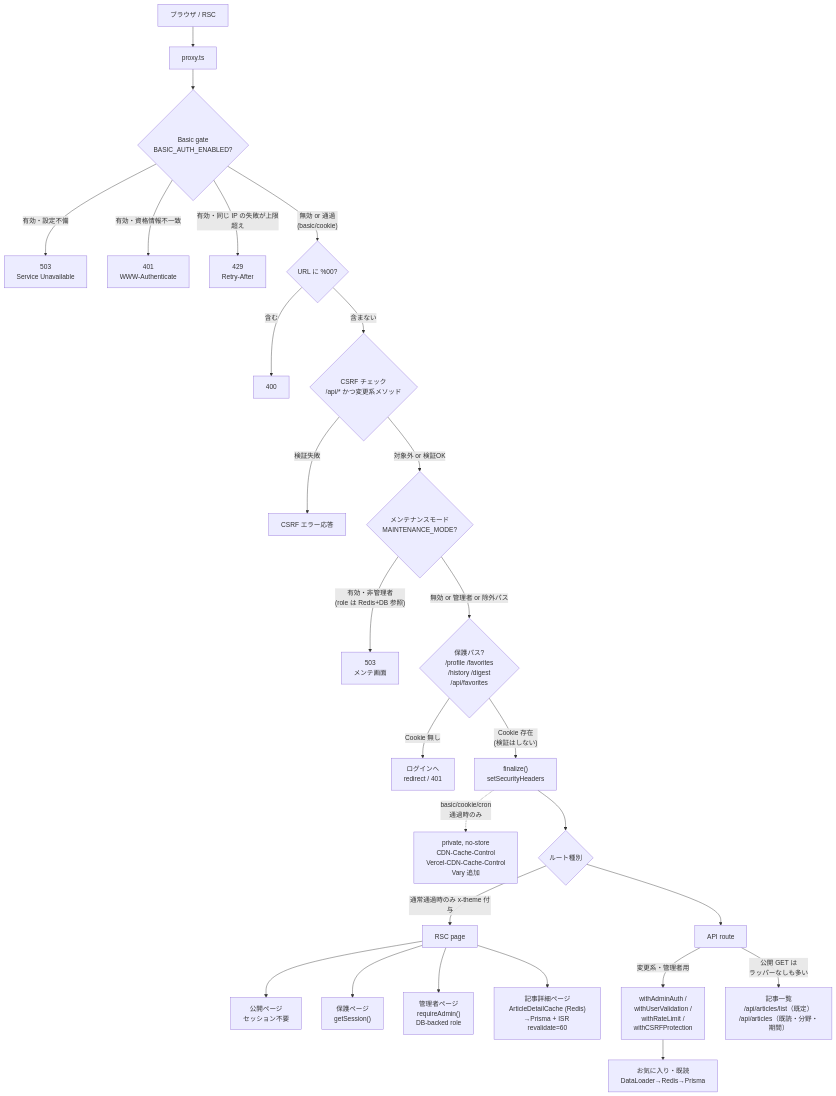
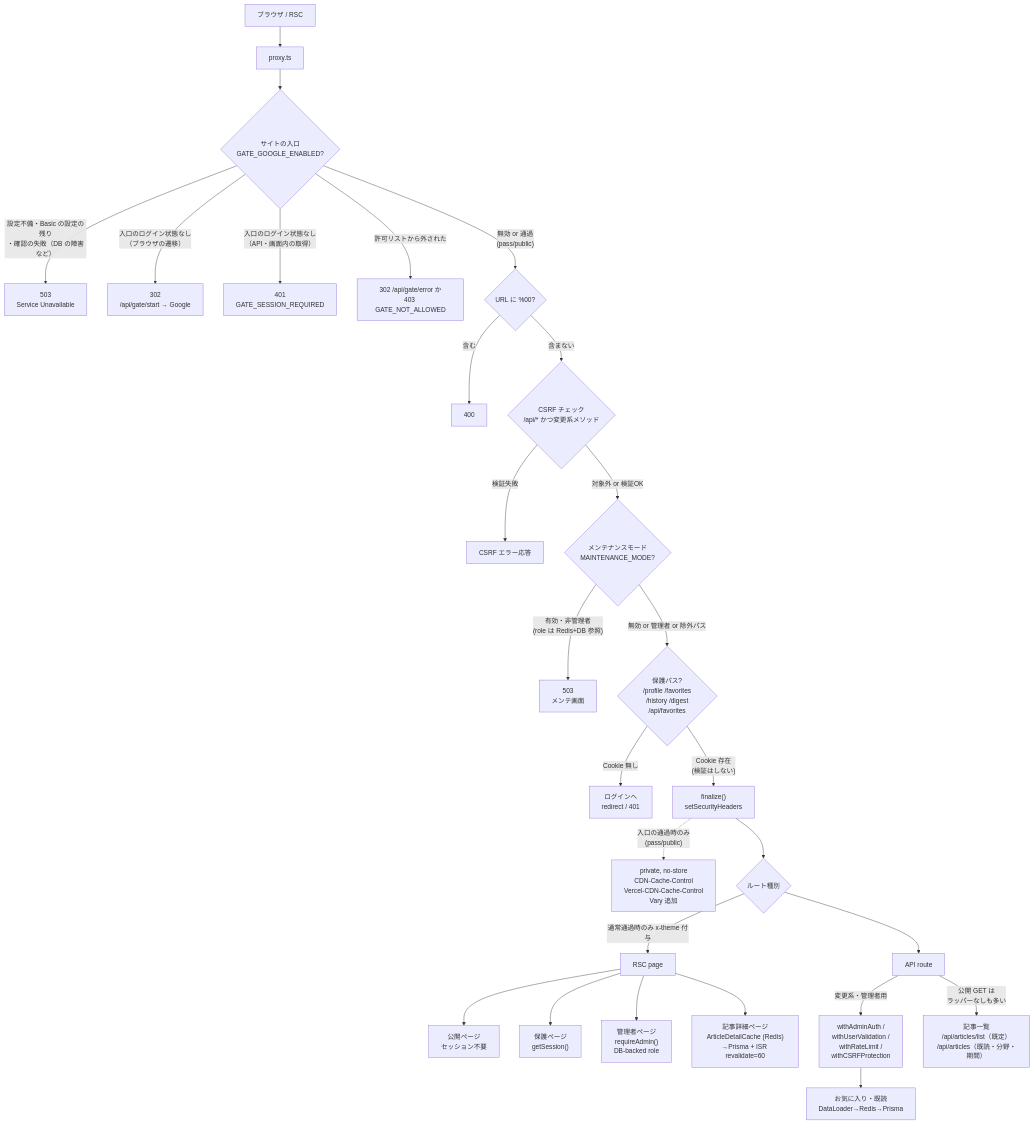
One commit to pawafulu7/techtrend changed the first of 2 diagrams in docs/architecture/03-request-flow.md. Above: the diagram before and after it, drawn with Mermaid. The commit also changed other lines of this file and 99 other files, not shown here.

First line of the commit message:
feat: サイトの入口を Basic 認証から Google ログインと許可リストに置き換える (#849)

````diff
--- a/docs/architecture/03-request-flow.md
+++ b/docs/architecture/03-request-flow.md
@@ -7,36 +7,37 @@
 ```mermaid
 flowchart TD
     Browser["ブラウザ / RSC"] --> Proxy["proxy.ts"]
 
-    Proxy --> BasicGate{"Basic gate<br/>BASIC_AUTH_ENABLED?"}
-    BasicGate -->|"有効・設定不備"| Err503["503<br/>Service Unavailable"]
-    BasicGate -->|"有効・資格情報不一致"| Err401["401<br/>WWW-Authenticate"]
-    BasicGate -->|"有効・同じ IP の失敗が上限超え"| Err429["429<br/>Retry-After"]
-    BasicGate -->|"無効 or 通過<br/>(basic/cookie)"| Nul{"URL に %00?"}
+    Proxy --> SiteGate{"サイトの入口<br/>GATE_GOOGLE_ENABLED?"}
+    SiteGate -->|"設定不備・Basic の設定の残り<br/>・確認の失敗（DB の障害など）"| Err503["503<br/>Service Unavailable"]
+    SiteGate -->|"入口のログイン状態なし<br/>（ブラウザの遷移）"| GateStart["302<br/>/api/gate/start → Google"]
+    SiteGate -->|"入口のログイン状態なし<br/>（API・画面内の取得）"| Err401["401<br/>GATE_SESSION_REQUIRED"]
+    SiteGate -->|"許可リストから外された"| Err403["302 /api/gate/error か<br/>403 GATE_NOT_ALLOWED"]
+    SiteGate -->|"無効 or 通過<br/>(pass/public)"| Nul{"URL に %00?"}
     Nul -->|"含む"| Err400["400"]
     Nul -->|"含まない"| Csrf{"CSRF チェック<br/>/api/* かつ変更系メソッド"}
 
     Csrf -->|"検証失敗"| ErrCsrf["CSRF エラー応答"]
     Csrf -->|"対象外 or 検証OK"| Maint{"メンテナンスモード<br/>MAINTENANCE_MODE?"}
 
     Maint -->|"有効・非管理者<br/>(role は Redis+DB 参照)"| Err503b["503<br/>メンテ画面"]
     Maint -->|"無効 or 管理者 or 除外パス"| Protected{"保護パス?<br/>/profile /favorites<br/>/history /digest<br/>/api/favorites"}
 
     Protected -->|"Cookie 無し"| Redirect["ログインへ<br/>redirect / 401"]
     Protected -->|"Cookie 存在<br/>(検証はしない)"| Finalize["finalize()<br/>setSecurityHeaders"]
 
-    Finalize -.->|"basic/cookie/cron<br/>通過時のみ"| GateHeaders["private, no-store<br/>CDN-Cache-Control<br/>Vercel-CDN-Cache-Control<br/>Vary 追加"]
+    Finalize -.->|"入口の通過時のみ<br/>(pass/public)"| GateHeaders["private, no-store<br/>CDN-Cache-Control<br/>Vercel-CDN-Cache-Control<br/>Vary 追加"]
 
     Finalize --> RouteType{"ルート種別"}
     RouteType -->|"通常通過時のみ x-theme 付与"| RSC["RSC page"]
     RouteType --> ApiRoute["API route"]
 
     RSC --> PublicPage["公開ページ<br/>セッション不要"]
     RSC --> ProtectedPage["保護ページ<br/>getSession()"]
     RSC --> AdminPage["管理者ページ<br/>requireAdmin()<br/>DB-backed role"]
     RSC --> ArticleDetail["記事詳細ページ<br/>ArticleDetailCache (Redis)<br/>→Prisma + ISR revalidate=60"]
 
     ApiRoute -->|"変更系・管理者用"| ApiWrap["withAdminAuth /<br/>withUserValidation /<br/>withRateLimit /<br/>withCSRFProtection"]
     ApiRoute -->|"公開 GET は<br/>ラッパーなしも多い"| ArticleList["記事一覧<br/>/api/articles/list（既定）<br/>/api/articles（既読・分野・期間）"]
     ApiWrap --> FavHistory["お気に入り・既読<br/>DataLoader→Redis→Prisma"]
 ```
````
